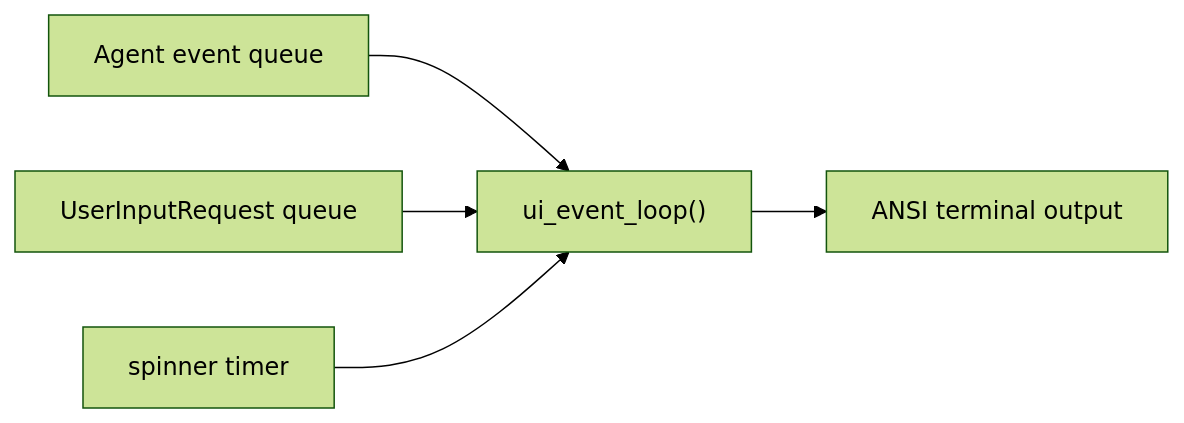
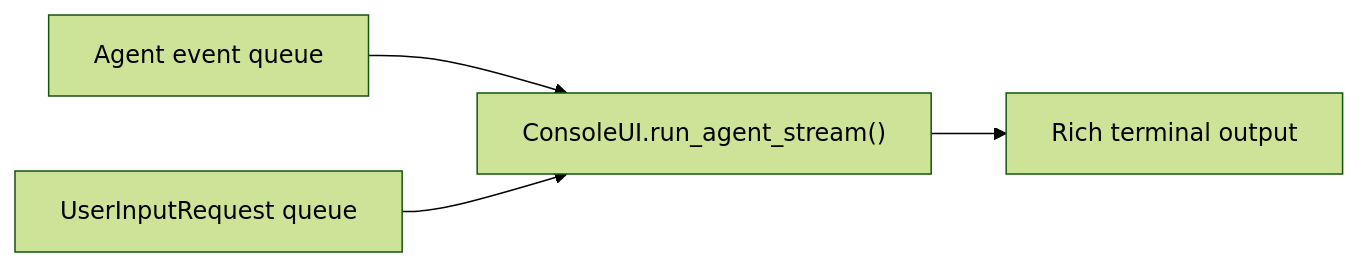
The second of 2 diagrams in mini-claw-code-book-py/src/ch09-tui.md (dzungtri/mini-claw-code), drawn with Mermaid (forest theme) before and after one commit. The commit also changed other lines of this file and 1 other file, not shown here.

````diff
--- a/mini-claw-code-book-py/src/ch09-tui.md
+++ b/mini-claw-code-book-py/src/ch09-tui.md
@@ -43,7 +60,6 @@
 ```mermaid
 flowchart LR
-    Agent["Agent event queue"] --> UI["ui_event_loop()"]
+    Agent["Agent event queue"] --> UI["ConsoleUI.run_agent_stream()"]
     Ask["UserInputRequest queue"] --> UI
-    Tick["spinner timer"] --> UI
-    UI --> Terminal["ANSI terminal output"]
+    UI --> Terminal["Rich terminal output"]
 ```
````
